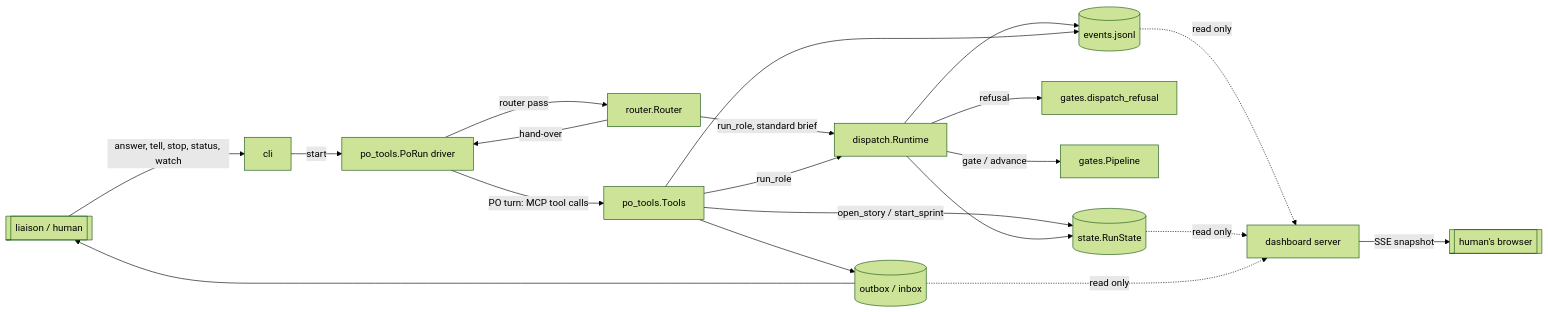
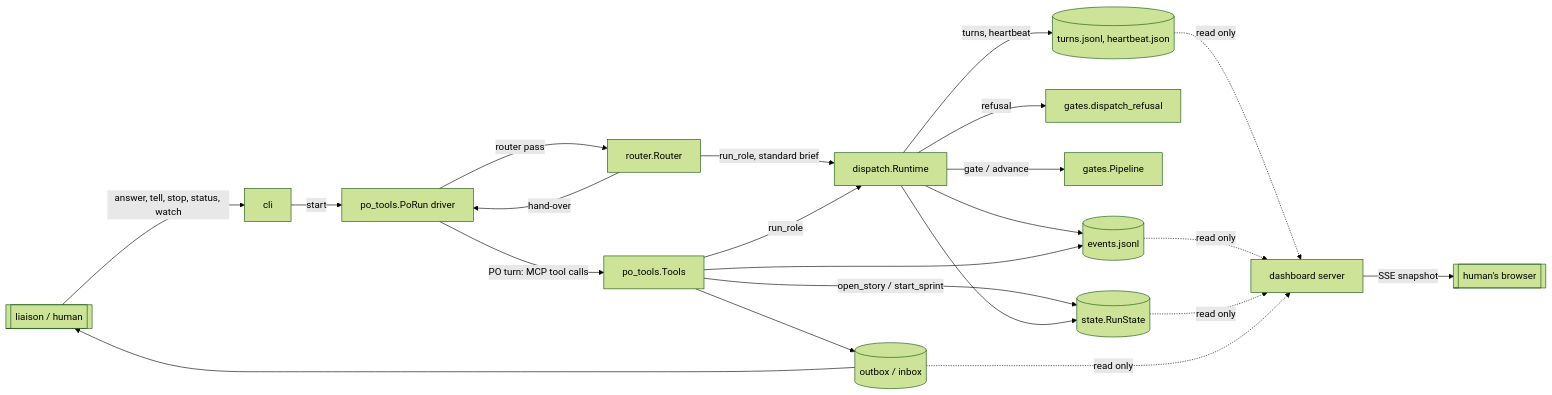
One commit to devnu11/claude-skills changed the first of 5 diagrams in agile-team/docs/architecture.md. Above: the diagram before and after it, drawn with Mermaid (forest theme). The commit also changed other lines of this file and 5 other files, not shown here.

First line of the commit message:
feat(s44): Live spend meter and runner health on the dashboard - turns, heartbeat, a smart pill, flow-box stats and alerts

````diff
--- a/agile-team/docs/architecture.md
+++ b/agile-team/docs/architecture.md
@@ -81,22 +84,24 @@
 ```mermaid
 flowchart LR
   liaison[[liaison / human]] -- answer, tell, stop, status, watch --> cli
   cli -- start --> po[po_tools.PoRun driver]
   po -- PO turn: MCP tool calls --> tools[po_tools.Tools]
   po -- router pass --> router[router.Router]
   router -- run_role, standard brief --> rt
   router -- hand-over --> po
   tools -- run_role --> rt[dispatch.Runtime]
   tools -- open_story / start_sprint --> st[(state.RunState)]
   rt -- refusal --> gates[gates.dispatch_refusal]
   rt -- gate / advance --> pipe[gates.Pipeline]
   rt --> st
   rt --> ev[(events.jsonl)]
   tools --> ev
   tools --> relay[(outbox / inbox)]
   relay --> liaison
+  rt -- turns, heartbeat --> live[(turns.jsonl, heartbeat.json)]
+  live -. read only .-> dash
   ev -. read only .-> dash[dashboard server]
   st -. read only .-> dash
   relay -. read only .-> dash
   dash -- SSE snapshot --> browser[[human's browser]]
 ```
````
